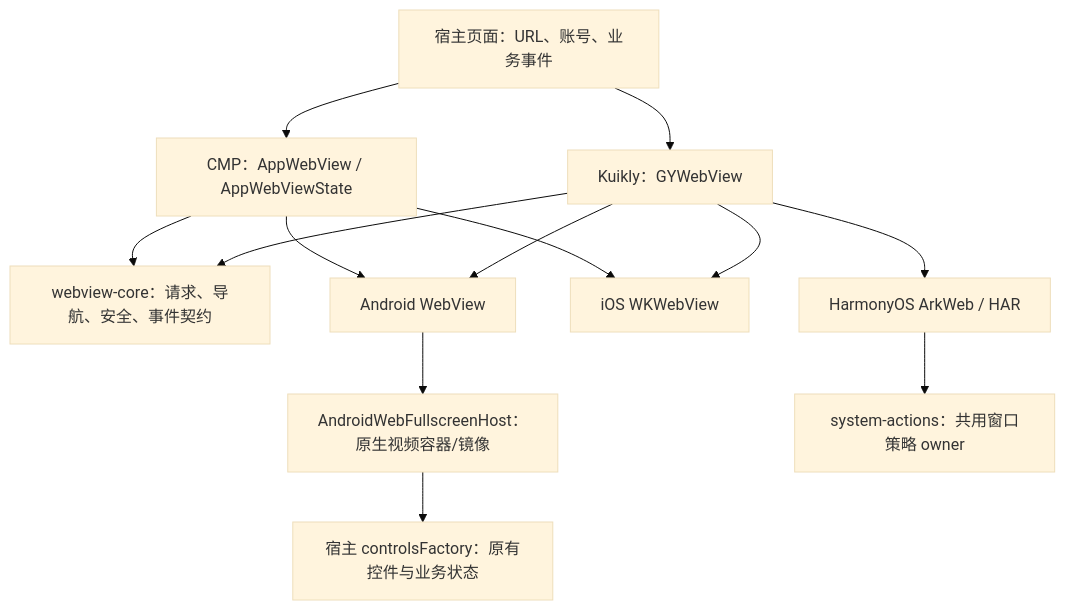
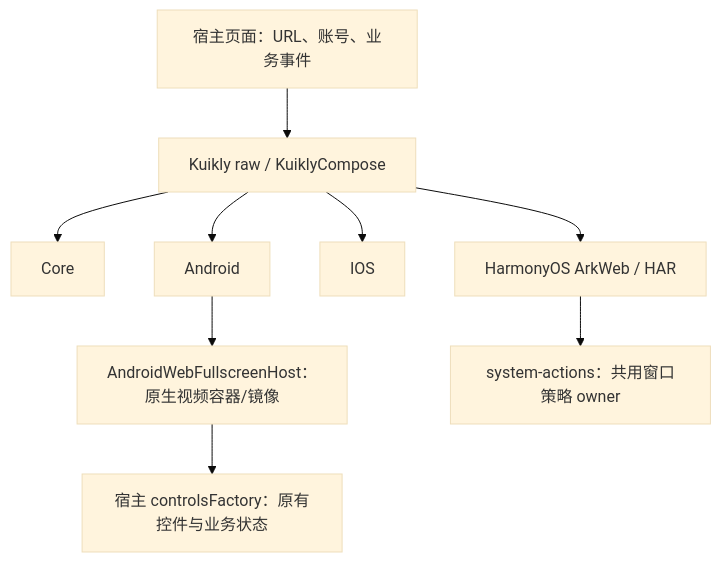
Before and after one commit to gycrosskit/compose-webview: the first of 3 diagrams in README.md, drawn with Mermaid (base theme). The commit also changed other lines of this file and 57 other files, not shown here.

Commit message:
refactor(webview)!: remove standalone CMP product

````diff
--- a/README.md
+++ b/README.md
@@ -29,15 +17,11 @@
 ```mermaid
 flowchart TB
-    Host["宿主页面：URL、账号、业务事件"] --> CMP["CMP：AppWebView / AppWebViewState"]
-    Host --> Kuikly["Kuikly：GYWebView"]
-    CMP --> Core["webview-core：请求、导航、安全、事件契约"]
+    Host["宿主页面：URL、账号、业务事件"] --> Kuikly["Kuikly raw / KuiklyCompose"]
     Kuikly --> Core
-    CMP --> Android["Android WebView"]
-    CMP --> IOS["iOS WKWebView"]
     Kuikly --> Android
     Kuikly --> IOS
     Kuikly --> OHOS["HarmonyOS ArkWeb / HAR"]
     Android --> Fullscreen["AndroidWebFullscreenHost：原生视频容器/镜像"]
     Fullscreen --> Controls["宿主 controlsFactory：原有控件与业务状态"]
     OHOS --> Window["system-actions：共用窗口策略 owner"]
 ```
````
